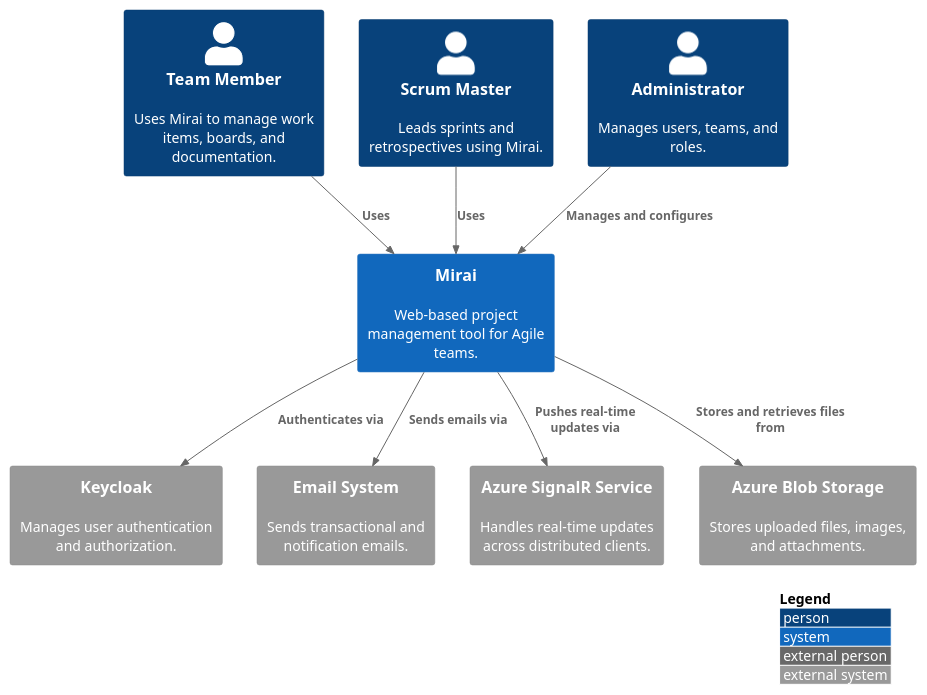
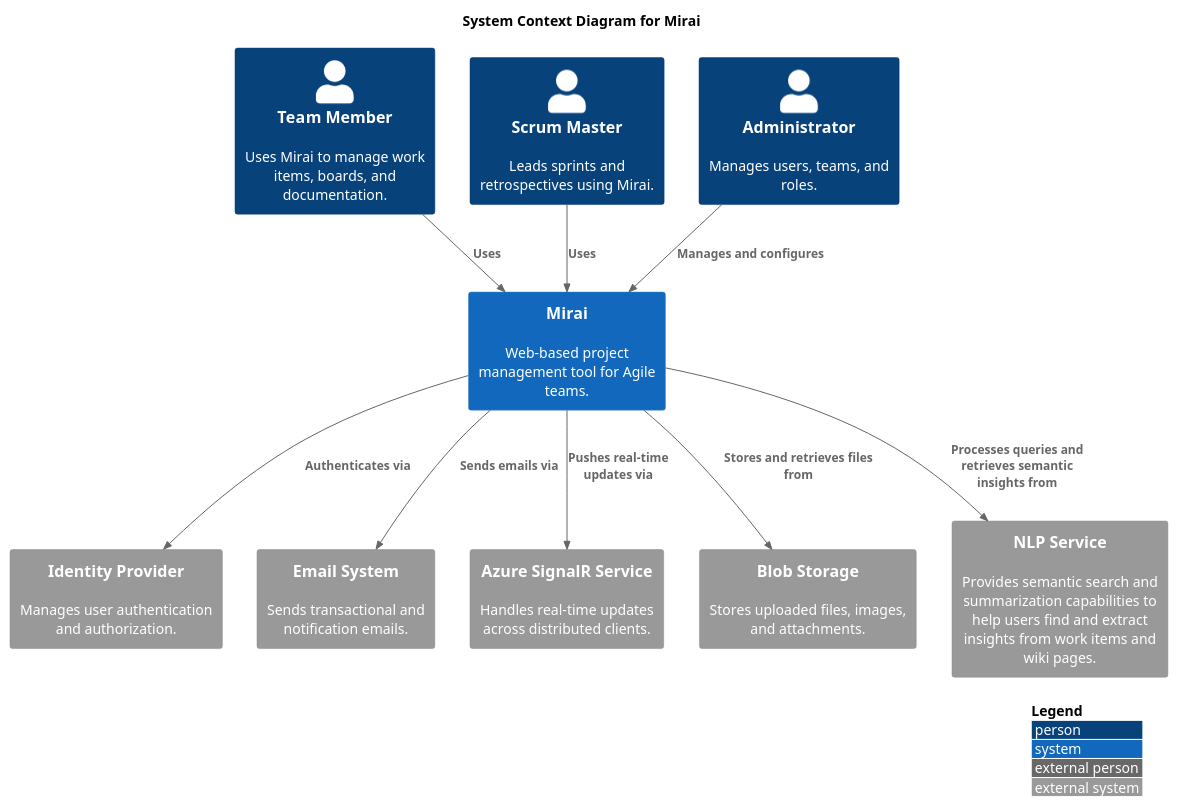
One commit to kauanhindlmayer/mirai-docs changed the diagram in docs/diagrams/system-context-diagram.puml. Above: the diagram before and after it, drawn with PlantUML. The commit also changed 9 other files, not shown here.

Commit message:
docs: add work item state diagram

```diff
--- a/docs/diagrams/system-context-diagram.puml
+++ b/docs/diagrams/system-context-diagram.puml
@@ -1,30 +1,33 @@
 @startuml "system-context-diagram"
 !includeurl https://raw.githubusercontent.com/plantuml-stdlib/C4-PlantUML/master/C4_Context.puml
+title System Context Diagram for Mirai
 
 LAYOUT_WITH_LEGEND()
 
 ' People
 Person(teamMember, "Team Member", "Uses Mirai to manage work items, boards, and documentation.")
 Person(scrumMaster, "Scrum Master", "Leads sprints and retrospectives using Mirai.")
 Person(admin, "Administrator", "Manages users, teams, and roles.")
 
 ' System
 System(mirai, "Mirai", "Web-based project management tool for Agile teams.")
 
 ' External Systems
-System_Ext(keycloak, "Keycloak", "Manages user authentication and authorization.")
-System_Ext(emailService, "Email System", "Sends transactional and notification emails.")
+System_Ext(identityProvider, "Identity Provider", "Manages user authentication and authorization.")
+System_Ext(emailSystem, "Email System", "Sends transactional and notification emails.")
 System_Ext(signalR, "Azure SignalR Service", "Handles real-time updates across distributed clients.")
-System_Ext(blob, "Azure Blob Storage", "Stores uploaded files, images, and attachments.")
+System_Ext(blobStorage, "Blob Storage", "Stores uploaded files, images, and attachments.")
+System_Ext(nlpService, "NLP Service", "Provides semantic search and summarization capabilities to help users find and extract insights from work items and wiki pages.")
 
 ' Relationships
 Rel(teamMember, mirai, "Uses")
 Rel(scrumMaster, mirai, "Uses")
 Rel(admin, mirai, "Manages and configures")
 
-Rel(mirai, keycloak, "Authenticates via")
-Rel(mirai, emailService, "Sends emails via")
+Rel(mirai, identityProvider, "Authenticates via")
+Rel(mirai, emailSystem, "Sends emails via")
 Rel(mirai, signalR, "Pushes real-time updates via")
-Rel(mirai, blob, "Stores and retrieves files from")
+Rel(mirai, blobStorage, "Stores and retrieves files from")
+Rel(mirai, nlpService, "Processes queries and retrieves semantic insights from")
 
 @enduml
```
